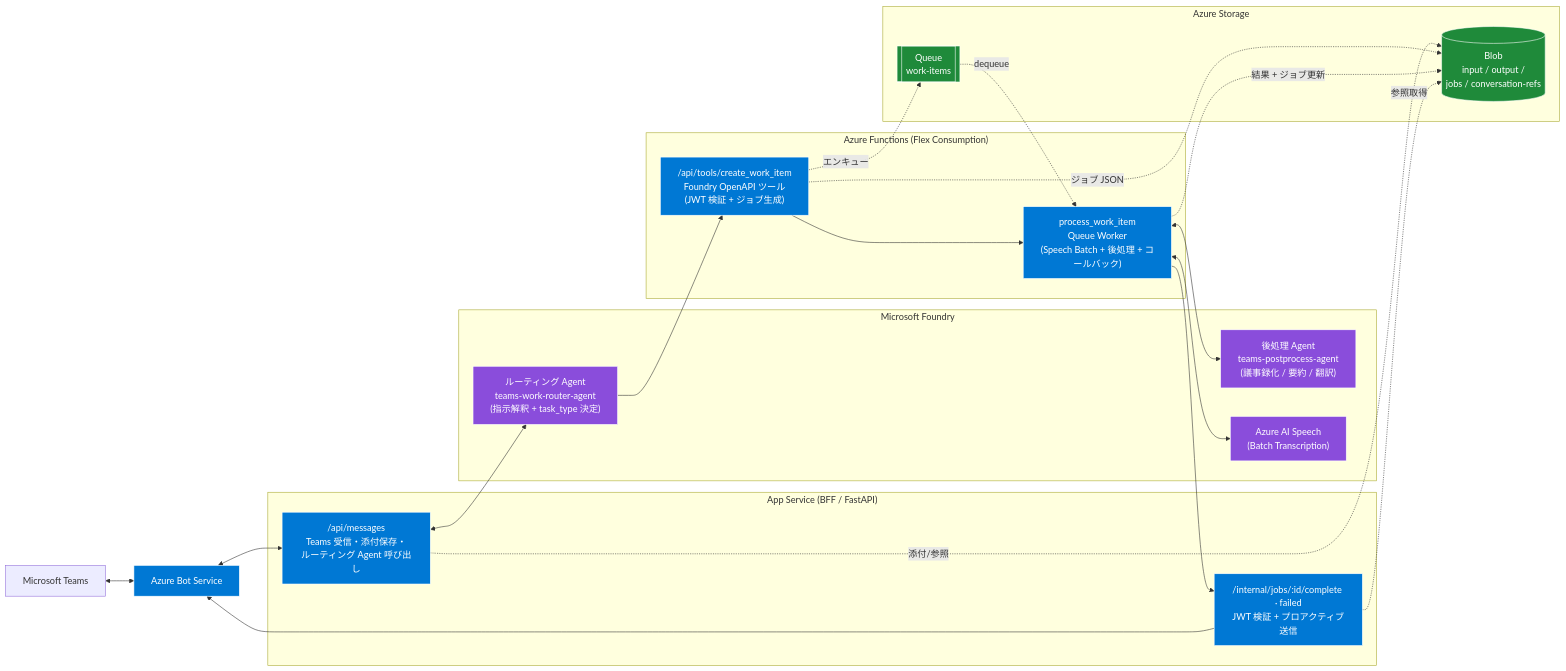
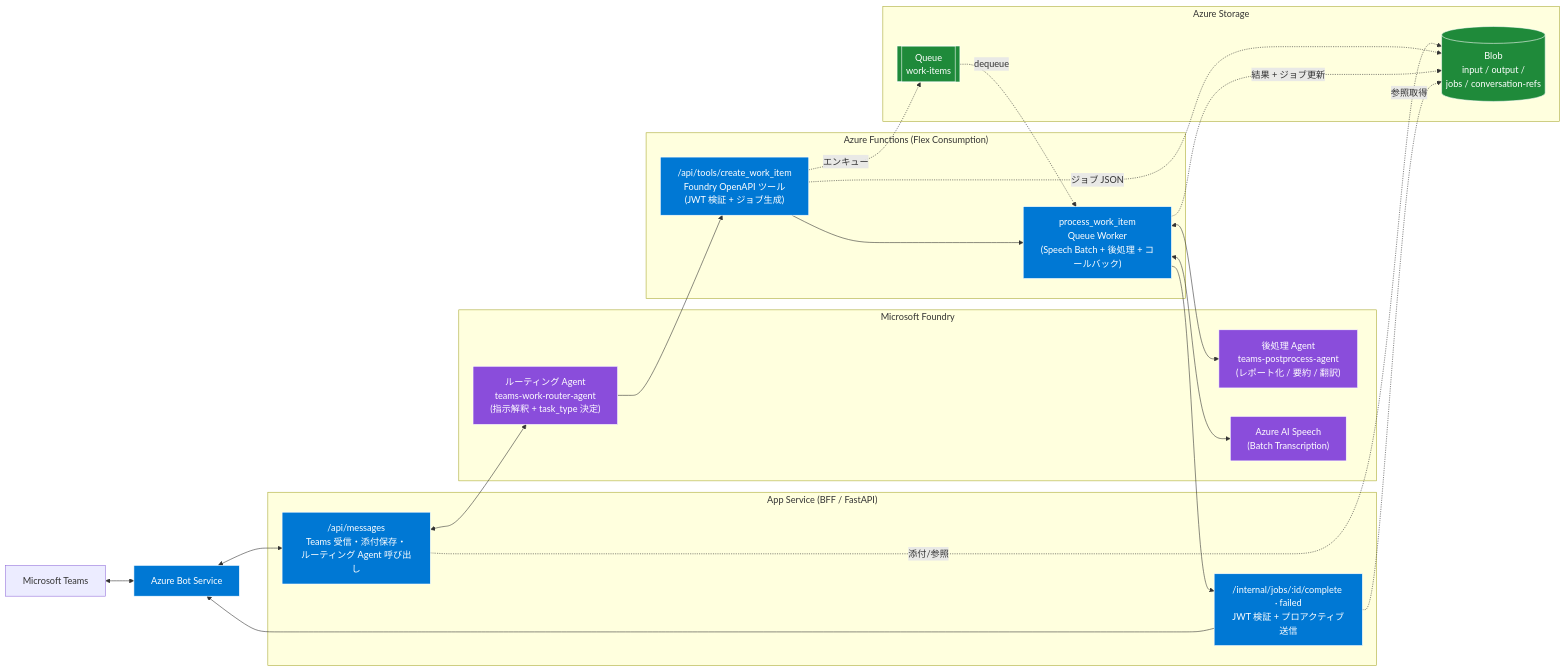
One commit to hatasaki/teams-foundry-agent changed the first of 2 diagrams in README.md. Above: the diagram before and after it, drawn with Mermaid. The commit also changed other lines of this file and 1 other file, not shown here.

````diff
--- a/README.md
+++ b/README.md
@@ -21,50 +21,50 @@
 ```mermaid
 flowchart LR
     Teams["Microsoft Teams"]
     Bot["Azure Bot Service"]
 
     subgraph BFF["App Service (BFF / FastAPI)"]
         BFFMsg["/api/messages<br/>Teams 受信・添付保存・<br/>ルーティング Agent 呼び出し"]
         BFFCb["/internal/jobs/:id/complete · failed<br/>JWT 検証 + プロアクティブ送信"]
     end
 
     subgraph Foundry["Microsoft Foundry"]
         Router["ルーティング Agent<br/>teams-work-router-agent<br/>(指示解釈 + task_type 決定)"]
-        Post["後処理 Agent<br/>teams-postprocess-agent<br/>(議事録化 / 要約 / 翻訳)"]
+        Post["後処理 Agent<br/>teams-postprocess-agent<br/>(レポート化 / 要約 / 翻訳)"]
         Speech["Azure AI Speech<br/>(Batch Transcription)"]
     end
 
     subgraph Func["Azure Functions (Flex Consumption)"]
         Tool["/api/tools/create_work_item<br/>Foundry OpenAPI ツール<br/>(JWT 検証 + ジョブ生成)"]
         Worker["process_work_item<br/>Queue Worker<br/>(Speech Batch + 後処理 + コールバック)"]
     end
 
     subgraph Storage["Azure Storage"]
         Blob[("Blob<br/>input / output /<br/>jobs / conversation-refs")]
         Queue[["Queue<br/>work-items"]]
     end
 
     Teams <--> Bot
     Bot <--> BFFMsg
     BFFMsg <--> Router
     Router --> Tool
     Tool --> Worker
     Worker <--> Speech
     Worker <--> Post
     Worker --> BFFCb
     BFFCb --> Bot
 
     BFFMsg -. 添付/参照 .-> Blob
     Tool -. ジョブ JSON .-> Blob
     Tool -. エンキュー .-> Queue
     Queue -. dequeue .-> Worker
     Worker -. 結果 + ジョブ更新 .-> Blob
     BFFCb -. 参照取得 .-> Blob
 
     classDef azure fill:#0078D4,stroke:#fff,color:#fff;
     classDef ai fill:#8a4ddb,stroke:#fff,color:#fff;
     classDef store fill:#1f8a3a,stroke:#fff,color:#fff;
     class Bot,BFFMsg,BFFCb,Tool,Worker azure;
     class Speech,Router,Post ai;
     class Blob,Queue store;
 ```
````
